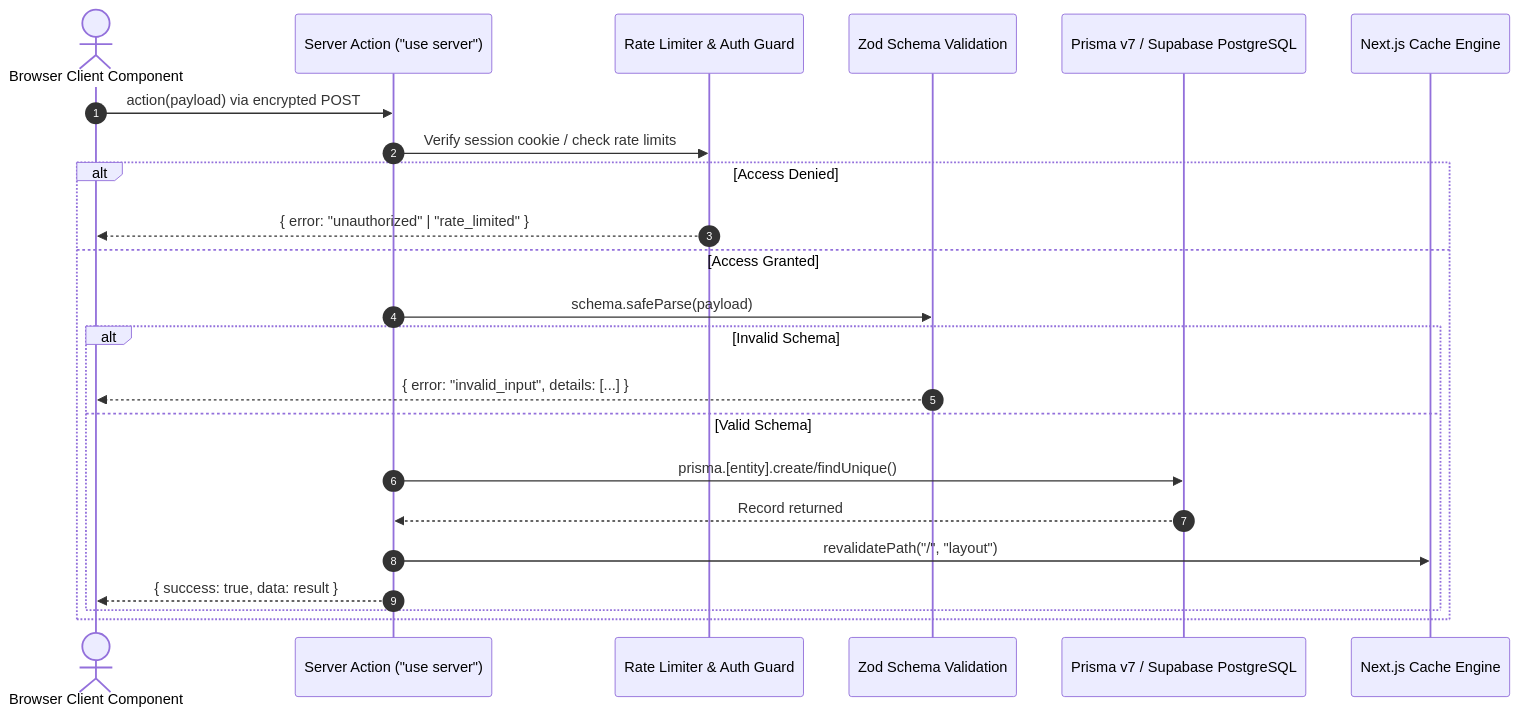
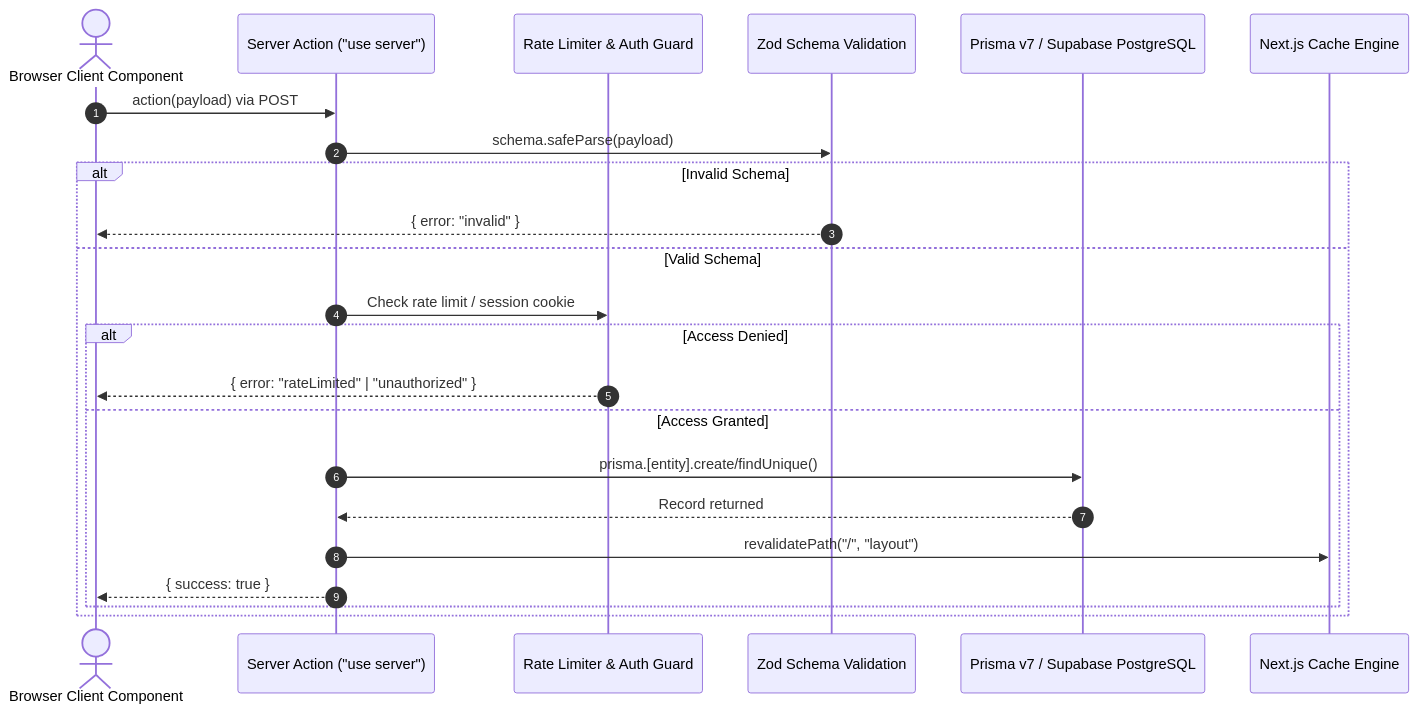
Before and after one commit to ttrotta/witp: the fourth of 4 diagrams in docs/ARCHITECTURE.md, drawn with Mermaid. The commit also changed other lines of this file and 4 other files, not shown here.

````diff
--- a/docs/ARCHITECTURE.md
+++ b/docs/ARCHITECTURE.md
@@ -384,26 +386,26 @@
 ```mermaid
 sequenceDiagram
     autonumber
     actor Browser as Browser Client Component
     participant Action as Server Action ("use server")
     participant Guard as Rate Limiter & Auth Guard
     participant Zod as Zod Schema Validation
     participant DB as Prisma v7 / Supabase PostgreSQL
     participant Cache as Next.js Cache Engine
 
-    Browser->>Action: action(payload) via encrypted POST
-    Action->>Guard: Verify session cookie / check rate limits
-    alt Access Denied
-        Guard-->>Browser: { error: "unauthorized" | "rate_limited" }
-    else Access Granted
-        Action->>Zod: schema.safeParse(payload)
-        alt Invalid Schema
-            Zod-->>Browser: { error: "invalid_input", details: [...] }
-        else Valid Schema
+    Browser->>Action: action(payload) via POST
+    Action->>Zod: schema.safeParse(payload)
+    alt Invalid Schema
+        Zod-->>Browser: { error: "invalid" }
+    else Valid Schema
+        Action->>Guard: Check rate limit / session cookie
+        alt Access Denied
+            Guard-->>Browser: { error: "rateLimited" | "unauthorized" }
+        else Access Granted
             Action->>DB: prisma.[entity].create/findUnique()
             DB-->>Action: Record returned
             Action->>Cache: revalidatePath("/", "layout")
-            Action-->>Browser: { success: true, data: result }
+            Action-->>Browser: { success: true }
         end
     end
 ```
````
